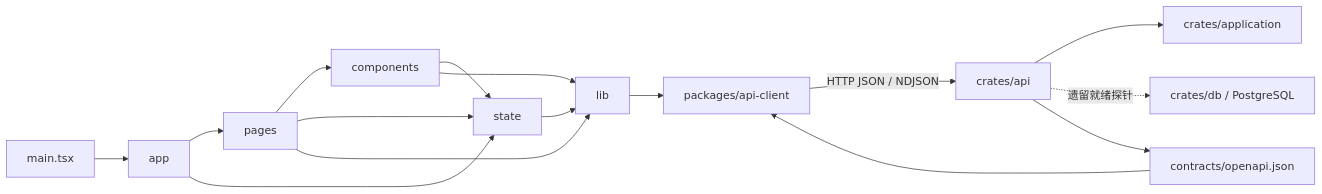
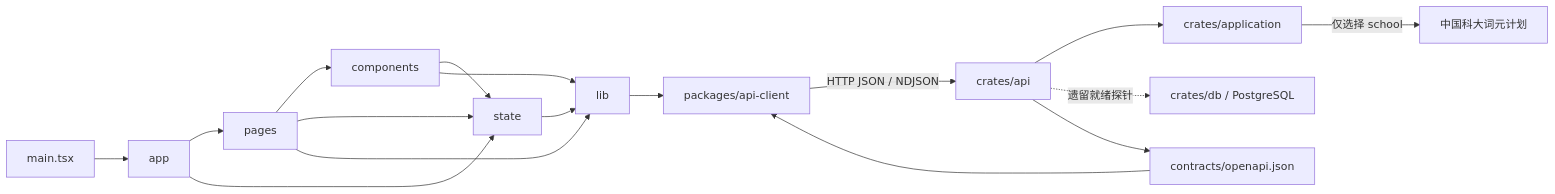
One commit to 114August514/campus-lumen changed the first of 4 diagrams in docs/project/detailed-design.md. Above: the diagram before and after it, drawn with Mermaid. The commit also changed other lines of this file and 38 other files, not shown here.

````diff
--- a/docs/project/detailed-design.md
+++ b/docs/project/detailed-design.md
@@ -30,18 +30,19 @@
 ```mermaid
 flowchart LR
   Entry[main.tsx] --> App[app]
   App --> Pages[pages]
   Pages --> Components[components]
   App --> State[state]
   Pages --> State
   Pages --> Lib[lib]
   Components --> State
   Components --> Lib
   State --> Lib
   Lib --> Client[packages/api-client]
   Client -->|HTTP JSON / NDJSON| Api[crates/api]
   Api --> Application[crates/application]
+  Application -->|仅选择 school| School[中国科大词元计划]
   Api -. 遗留就绪探针 .-> Db[crates/db / PostgreSQL]
   Contract[contracts/openapi.json] --> Client
   Api --> Contract
 ```
````
